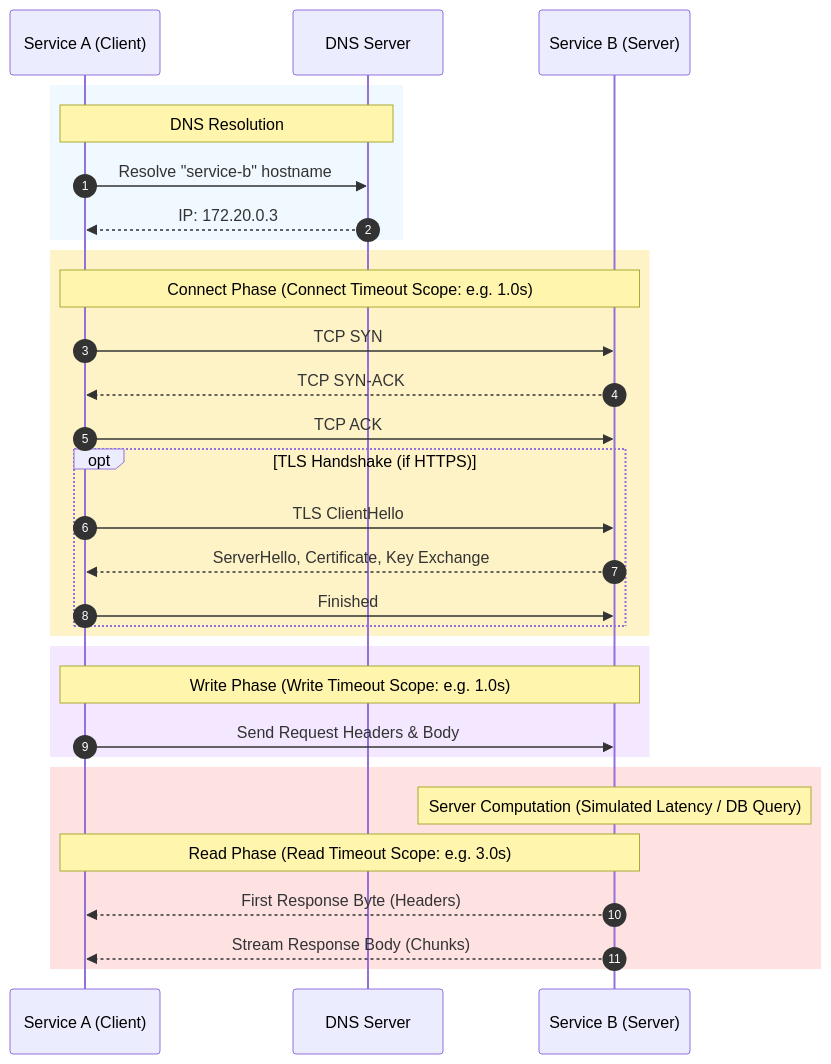
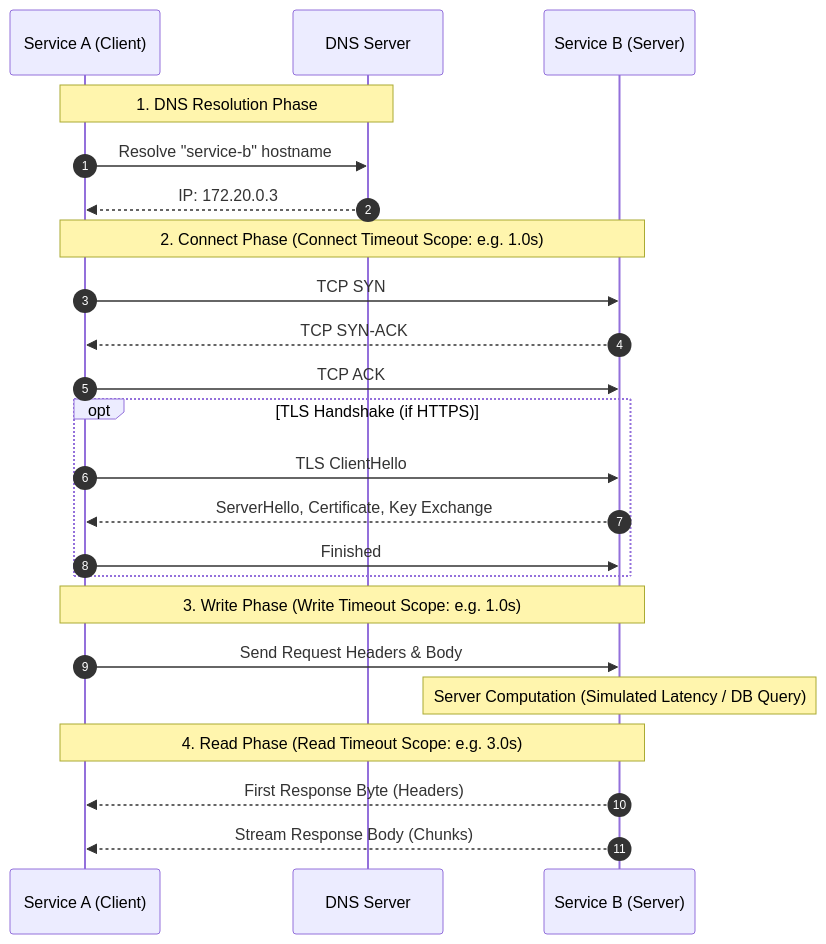
One commit to yodh4/ubiquitous-parakeet changed the first of 3 diagrams in docs/01-strict-timeouts.md. Above: the diagram before and after it, drawn with Mermaid. The commit also changed other lines of this file and 5 other files, not shown here.

Commit message:
Docs: Fix dark/light theme contrast across all diagrams and add DOCUMENTATION_RULES.md

````diff
--- a/docs/01-strict-timeouts.md
+++ b/docs/01-strict-timeouts.md
@@ -13,37 +13,29 @@
 ```mermaid
 sequenceDiagram
     autonumber
     participant Client as Service A (Client)
     participant DNS as DNS Server
     participant Server as Service B (Server)
 
-    rect rgb(240, 249, 255)
-        Note over Client,DNS: DNS Resolution
-        Client->>DNS: Resolve "service-b" hostname
-        DNS-->>Client: IP: 172.20.0.3
+    Note over Client,DNS: 1. DNS Resolution Phase
+    Client->>DNS: Resolve "service-b" hostname
+    DNS-->>Client: IP: 172.20.0.3
+
+    Note over Client,Server: 2. Connect Phase (Connect Timeout Scope: e.g. 1.0s)
+    Client->>Server: TCP SYN
+    Server-->>Client: TCP SYN-ACK
+    Client->>Server: TCP ACK
+    opt TLS Handshake (if HTTPS)
+        Client->>Server: TLS ClientHello
+        Server-->>Client: ServerHello, Certificate, Key Exchange
+        Client->>Server: Finished
     end
 
-    rect rgb(254, 243, 199)
-        Note over Client,Server: Connect Phase (Connect Timeout Scope: e.g. 1.0s)
-        Client->>Server: TCP SYN
-        Server-->>Client: TCP SYN-ACK
-        Client->>Server: TCP ACK
-        opt TLS Handshake (if HTTPS)
-            Client->>Server: TLS ClientHello
-            Server-->>Client: ServerHello, Certificate, Key Exchange
-            Client->>Server: Finished
-        end
-    end
+    Note over Client,Server: 3. Write Phase (Write Timeout Scope: e.g. 1.0s)
+    Client->>Server: Send Request Headers & Body
 
-    rect rgb(243, 232, 255)
-        Note over Client,Server: Write Phase (Write Timeout Scope: e.g. 1.0s)
-        Client->>Server: Send Request Headers & Body
-    end
-
-    rect rgb(254, 226, 226)
-        Note over Server: Server Computation (Simulated Latency / DB Query)
-        Note over Client,Server: Read Phase (Read Timeout Scope: e.g. 3.0s)
-        Server-->>Client: First Response Byte (Headers)
-        Server-->>Client: Stream Response Body (Chunks)
-    end
+    Note over Server: Server Computation (Simulated Latency / DB Query)
+    Note over Client,Server: 4. Read Phase (Read Timeout Scope: e.g. 3.0s)
+    Server-->>Client: First Response Byte (Headers)
+    Server-->>Client: Stream Response Body (Chunks)
 ```
````
